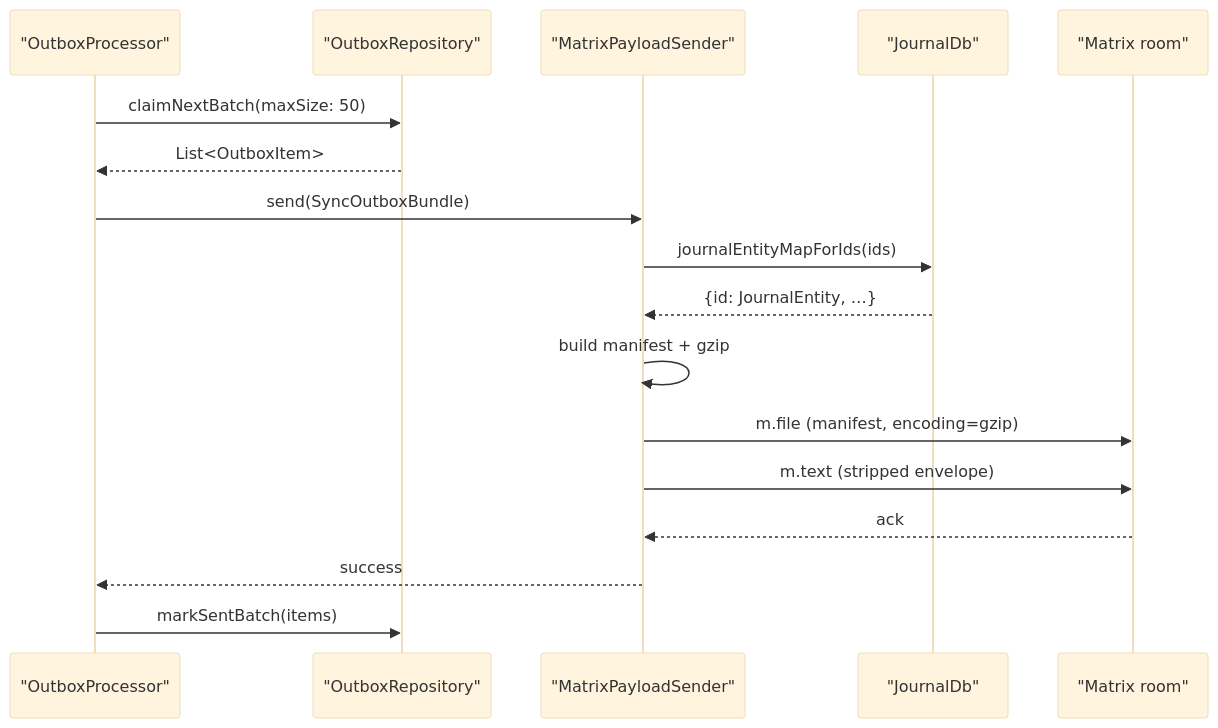
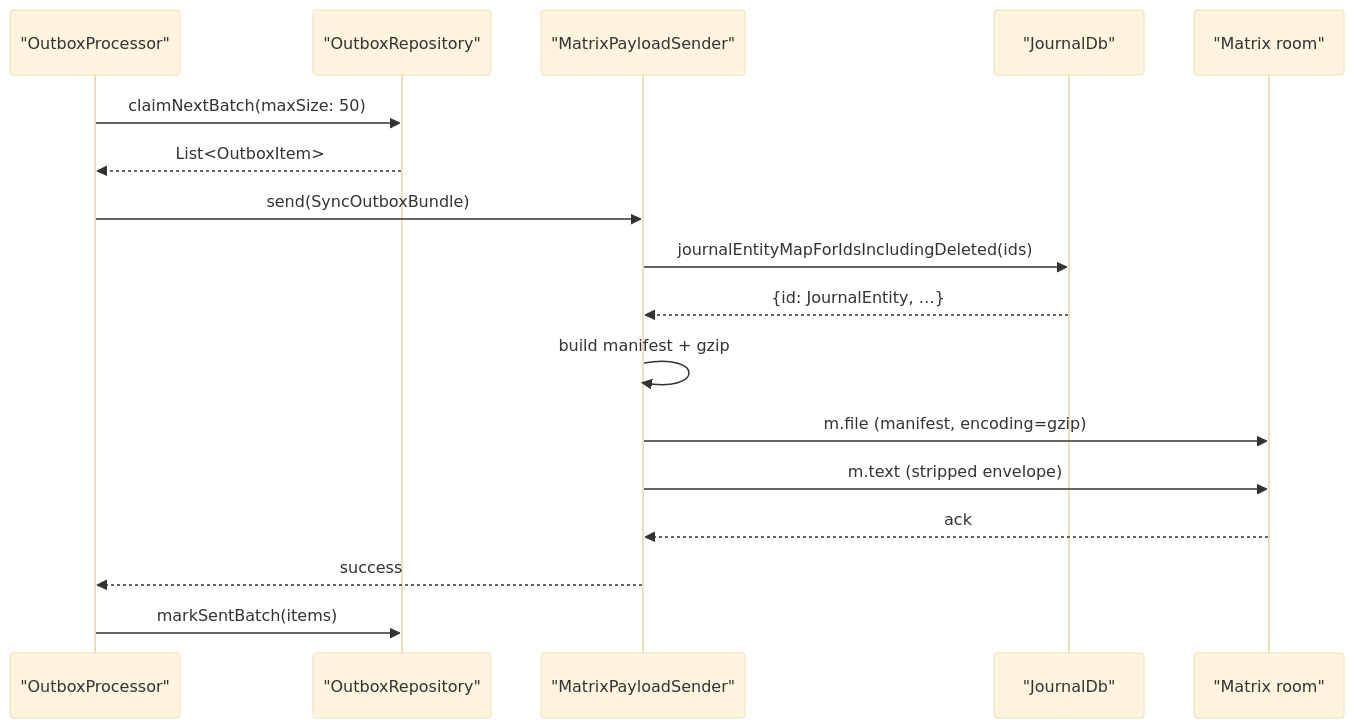
The fourth of 5 diagrams in knowledge/features/sync/send-path.md (matthiasn/lotti), drawn with Mermaid (base theme) before and after one commit. The commit also changed other lines of this file and 24 other files, not shown here.

````diff
--- a/knowledge/features/sync/send-path.md
+++ b/knowledge/features/sync/send-path.md
@@ -199,20 +199,20 @@
 ```mermaid
 sequenceDiagram
   participant Proc as "OutboxProcessor"
   participant Repo as "OutboxRepository"
   participant Sender as "MatrixPayloadSender"
   participant DB as "JournalDb"
   participant Room as "Matrix room"
 
   Proc->>Repo: claimNextBatch(maxSize: 50)
   Repo-->>Proc: List<OutboxItem>
   Proc->>Sender: send(SyncOutboxBundle)
-  Sender->>DB: journalEntityMapForIds(ids)
+  Sender->>DB: journalEntityMapForIdsIncludingDeleted(ids)
   DB-->>Sender: {id: JournalEntity, …}
   Sender->>Sender: build manifest + gzip
   Sender->>Room: m.file (manifest, encoding=gzip)
   Sender->>Room: m.text (stripped envelope)
   Room-->>Sender: ack
   Sender-->>Proc: success
   Proc->>Repo: markSentBatch(items)
 ```
````
